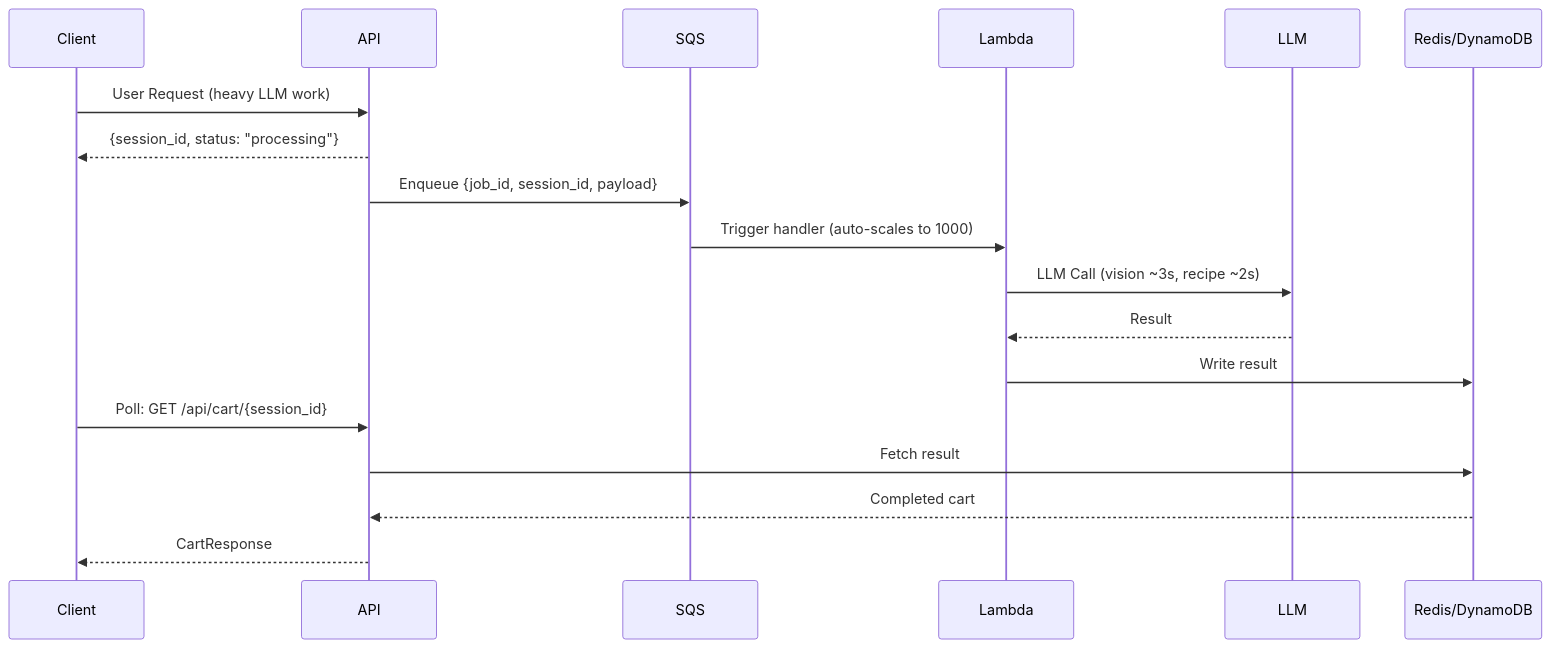
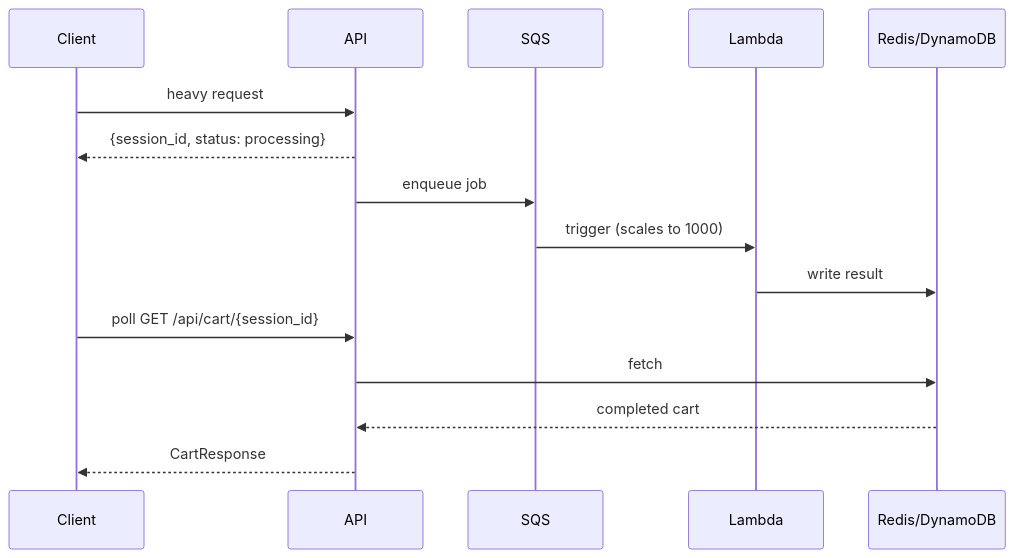
One commit to Strizzyy/NowCart changed diagram 11 of 11 in SYSTEM_ARCHITECTURE.md. Above: the diagram before and after it, drawn with Mermaid. The commit also changed other lines of this file and 2 other files, not shown here.

Commit message:
refined readme and system architecture

````diff
--- a/SYSTEM_ARCHITECTURE.md
+++ b/SYSTEM_ARCHITECTURE.md
@@ -337,21 +329,17 @@
 ```mermaid
 sequenceDiagram
     participant Client
     participant API
     participant SQS
     participant Lambda
-    participant LLM
     participant Store as Redis/DynamoDB
-
-    Client->>API: User Request (heavy LLM work)
-    API-->>Client: {session_id, status: "processing"}
-    API->>SQS: Enqueue {job_id, session_id, payload}
-    SQS->>Lambda: Trigger handler (auto-scales to 1000)
-    Lambda->>LLM: LLM Call (vision ~3s, recipe ~2s)
-    LLM-->>Lambda: Result
-    Lambda->>Store: Write result
-    Client->>API: Poll: GET /api/cart/{session_id}
-    API->>Store: Fetch result
-    Store-->>API: Completed cart
+    Client->>API: heavy request
+    API-->>Client: {session_id, status: processing}
+    API->>SQS: enqueue job
+    SQS->>Lambda: trigger (scales to 1000)
+    Lambda->>Store: write result
+    Client->>API: poll GET /api/cart/{session_id}
+    API->>Store: fetch
+    Store-->>API: completed cart
     API-->>Client: CartResponse
 ```
````
